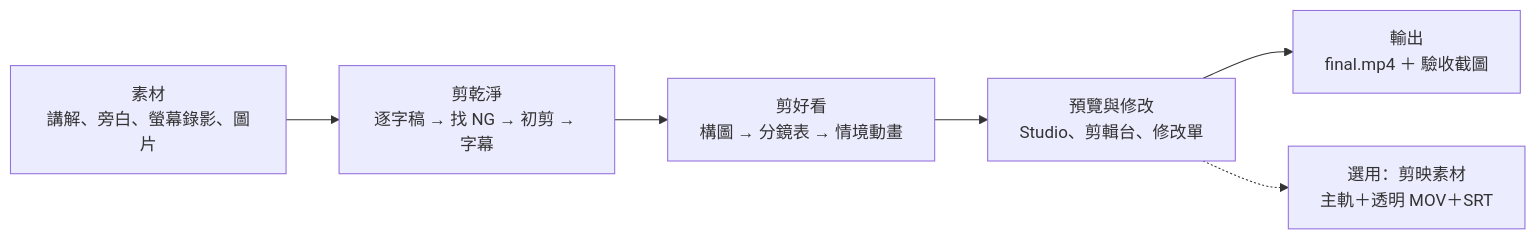
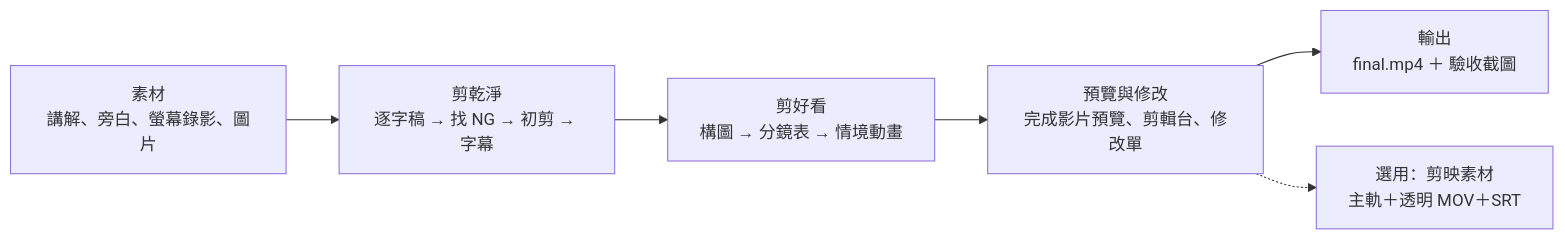
The diagram in README.md (dean9703111/auto-edit-workspace), drawn with Mermaid before and after one commit. The commit also changed other lines of this file and 39 other files, not shown here.

````diff
--- a/README.md
+++ b/README.md
@@ -168,8 +168,8 @@
 ```mermaid
 flowchart LR
   A["素材<br>講解、旁白、螢幕錄影、圖片"] --> B["剪乾淨<br>逐字稿 → 找 NG → 初剪 → 字幕"]
   B --> C["剪好看<br>構圖 → 分鏡表 → 情境動畫"]
-  C --> D["預覽與修改<br>Studio、剪輯台、修改單"]
+  C --> D["預覽與修改<br>完成影片預覽、剪輯台、修改單"]
   D --> E["輸出<br>final.mp4 ＋ 驗收截圖"]
   D -.-> F["選用：剪映素材<br>主軌＋透明 MOV＋SRT"]
 ```
````
